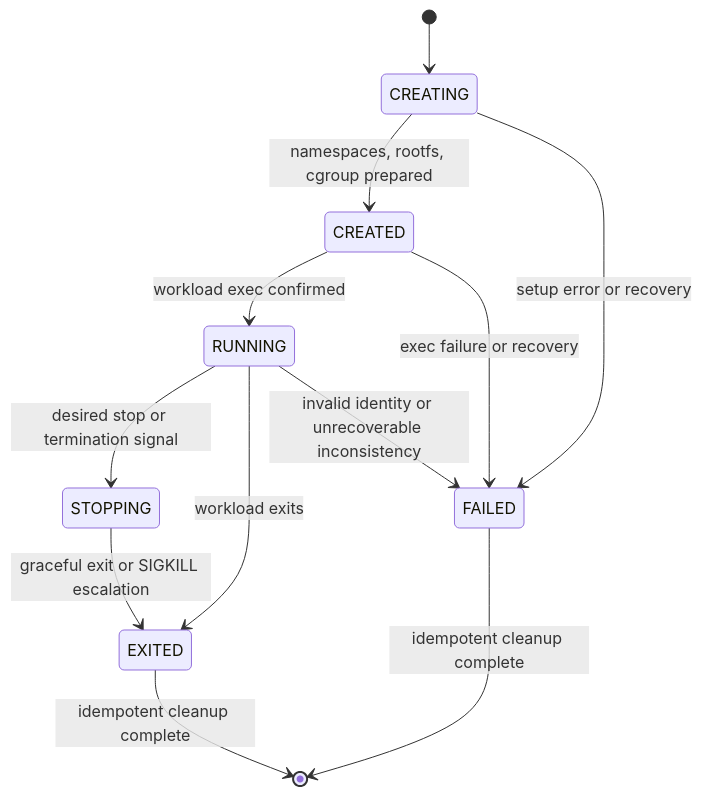
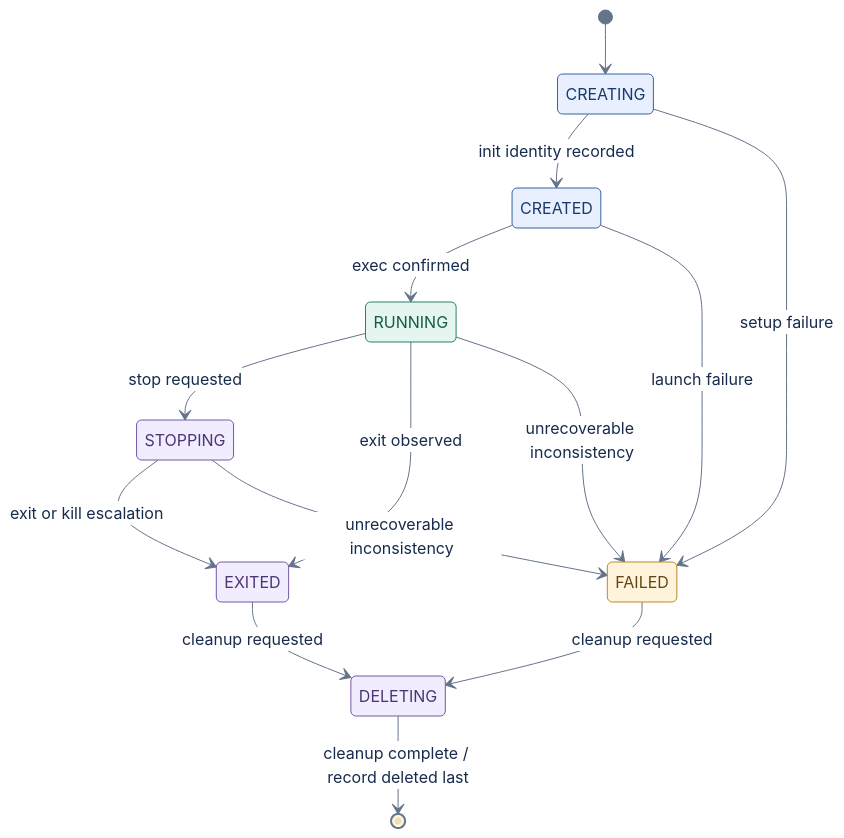
The fourth of 4 diagrams in docs/architecture/runtime-flows.md (santinomarial/Glider), drawn with Mermaid before and after one commit. The commit also changed other lines of this file and 10 other files, not shown here.

Commit message:
Clarify architecture diagrams and add presentation exports

````diff
--- a/docs/architecture/runtime-flows.md
+++ b/docs/architecture/runtime-flows.md
@@ -116,14 +143,28 @@
 ```mermaid
+%%{init: {"theme":"base","themeVariables":{"fontFamily":"Arial, sans-serif","fontSize":"16px","lineColor":"#64748b","primaryTextColor":"#172b4d","edgeLabelBackground":"#ffffff"}}}%%
 stateDiagram-v2
+    direction TB
+    accTitle: Local container lifecycle — terminal states still need deletion
+    accDescr: Creation leads to running and then exited or failed. Both terminal states enter deleting. The record disappears only after resource cleanup completes.
     [*] --> CREATING
-    CREATING --> CREATED: namespaces, rootfs, cgroup prepared
-    CREATED --> RUNNING: workload exec confirmed
-    RUNNING --> STOPPING: desired stop or termination signal
-    RUNNING --> EXITED: workload exits
-    STOPPING --> EXITED: graceful exit or SIGKILL escalation
-    CREATING --> FAILED: setup error or recovery
-    CREATED --> FAILED: exec failure or recovery
-    RUNNING --> FAILED: invalid identity or unrecoverable inconsistency
-    EXITED --> [*]: idempotent cleanup complete
-    FAILED --> [*]: idempotent cleanup complete
+    CREATING --> CREATED: init identity recorded
+    CREATED --> RUNNING: exec confirmed
+    RUNNING --> STOPPING: stop requested
+    RUNNING --> EXITED: exit observed
+    STOPPING --> EXITED: exit or kill escalation
+    CREATING --> FAILED: setup failure
+    CREATED --> FAILED: launch failure
+    RUNNING --> FAILED: unrecoverable inconsistency
+    STOPPING --> FAILED: unrecoverable inconsistency
+    EXITED --> DELETING: cleanup requested
+    FAILED --> DELETING: cleanup requested
+    DELETING --> [*]: cleanup complete / record deleted last
+    classDef pending fill:#e8f0ff,stroke:#3563a4,color:#183b6a
+    classDef active fill:#e5f5f0,stroke:#23836b,color:#155b49
+    classDef terminal fill:#f1edff,stroke:#7657a8,color:#4c3575
+    classDef failure fill:#fff4db,stroke:#b9892a,color:#634615
+    class CREATING,CREATED pending
+    class RUNNING active
+    class STOPPING,EXITED,DELETING terminal
+    class FAILED failure
 ```
````
